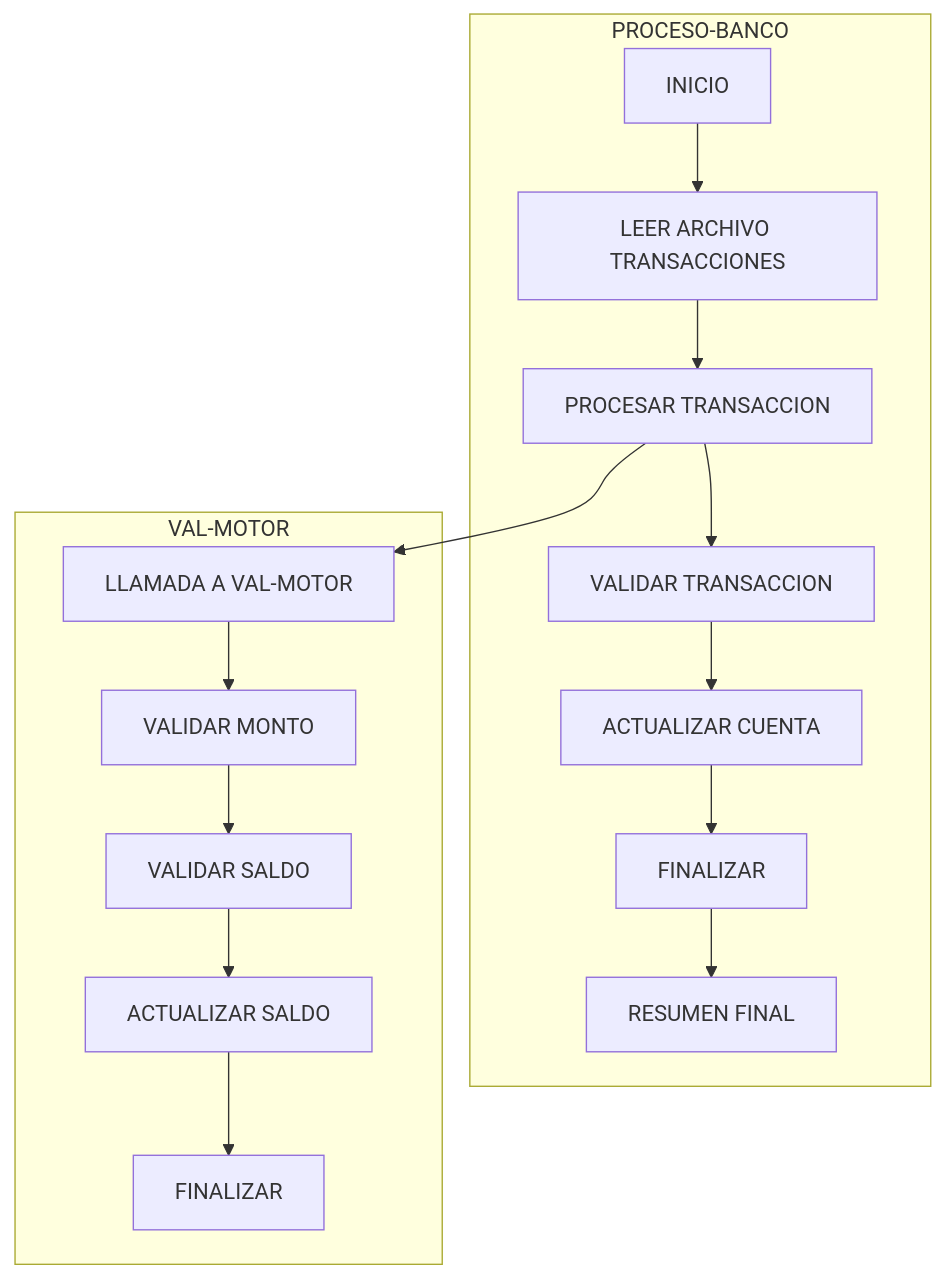
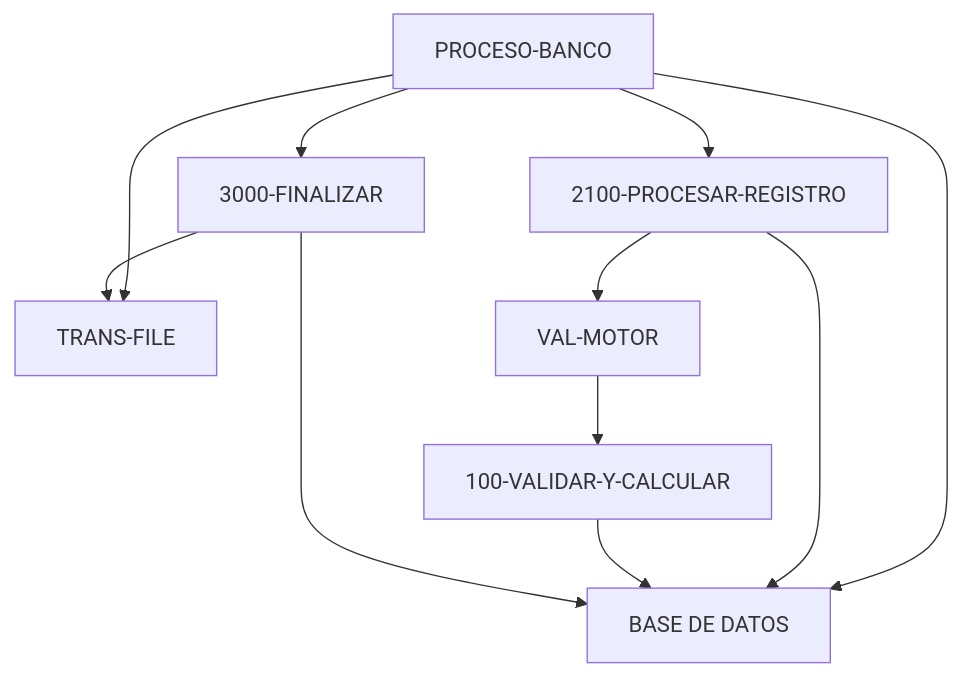
Before and after one commit to hexaforce66/newCodesChall: the diagram in sistema_consolidado/README.md, drawn with Mermaid. The commit also changed other lines of this file, not shown here.

````diff
--- a/sistema_consolidado/README.md
+++ b/sistema_consolidado/README.md
@@ -77,20 +78,13 @@
 ```mermaid
 graph TD
-subgraph PROCESO-BANCO
-        A[INICIO] --> B[LEER ARCHIVO TRANSACCIONES]
-        B --> C[PROCESAR TRANSACCION]
-        C --> D[VALIDAR TRANSACCION]
-        D --> E[ACTUALIZAR CUENTA]
-        E --> F[FINALIZAR]
-        F --> G[RESUMEN FINAL]
-    end
-
-    subgraph VAL-MOTOR
-        H[VALIDAR Y CALCULAR] --> I[VALIDAR MONTO]
-        I --> J[VALIDAR SALDO]
-        J --> K[ACTUALIZAR SALDO]
-        K --> L[FINALIZAR]
-    end
-
-    C --> H[LLAMADA A VAL-MOTOR]
+A[PROCESO-BANCO] --> B[TRANS-FILE]
+    A --> C[BASE DE DATOS]
+    A --> D[2100-PROCESAR-REGISTRO]
+    D --> C
+    D --> E[VAL-MOTOR]
+    E --> F[100-VALIDAR-Y-CALCULAR]
+    F --> C
+    A --> G[3000-FINALIZAR]
+    G --> B
+    G --> C
 ```
````
